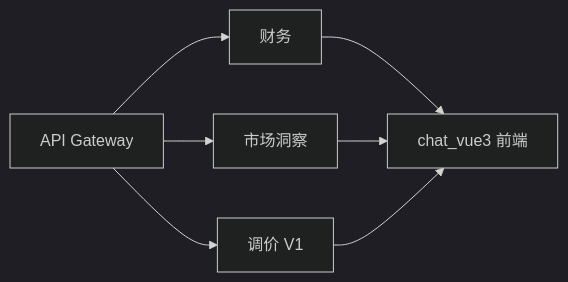
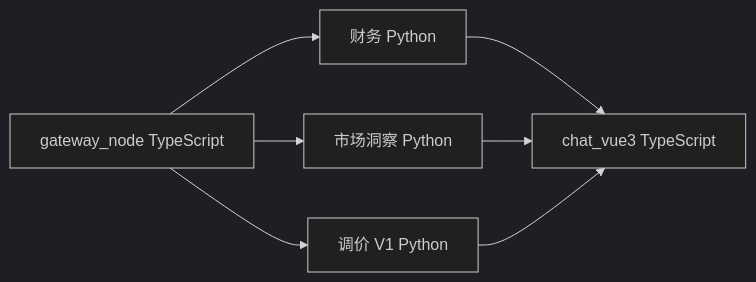
The fifth of 7 diagrams in reports/2026-06-16/index.md (swipth/work-report), drawn with Mermaid (dark theme) before and after one commit. The commit also changed other lines of this file and 29 other files, not shown here.

````diff
--- a/reports/2026-06-16/index.md
+++ b/reports/2026-06-16/index.md
@@ -119,9 +119,9 @@
 ```mermaid
 flowchart LR
-    GW["API Gateway"] --> F["财务"]
-    GW --> M["市场洞察"]
-    GW --> P["调价 V1"]
-    F --> FE["chat_vue3 前端"]
+    GW["gateway_node TypeScript"] --> F["财务 Python"]
+    GW --> M["市场洞察 Python"]
+    GW --> P["调价 V1 Python"]
+    F --> FE["chat_vue3 TypeScript"]
     M --> FE
     P --> FE
 ```
````
